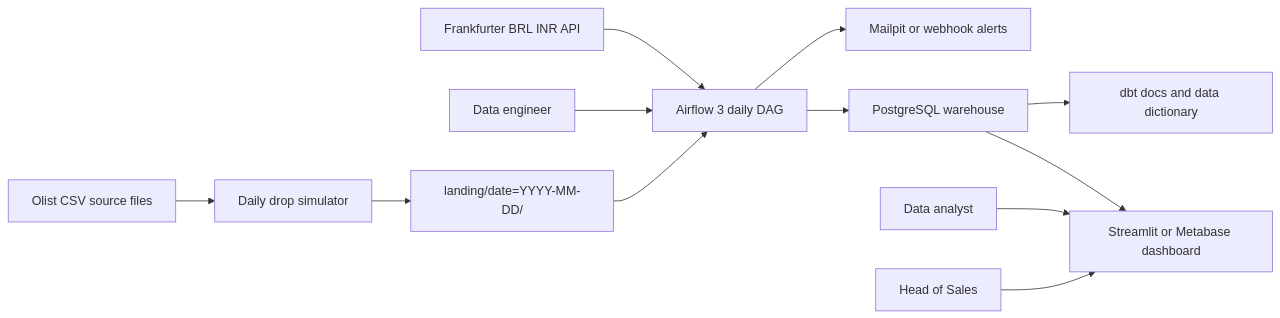
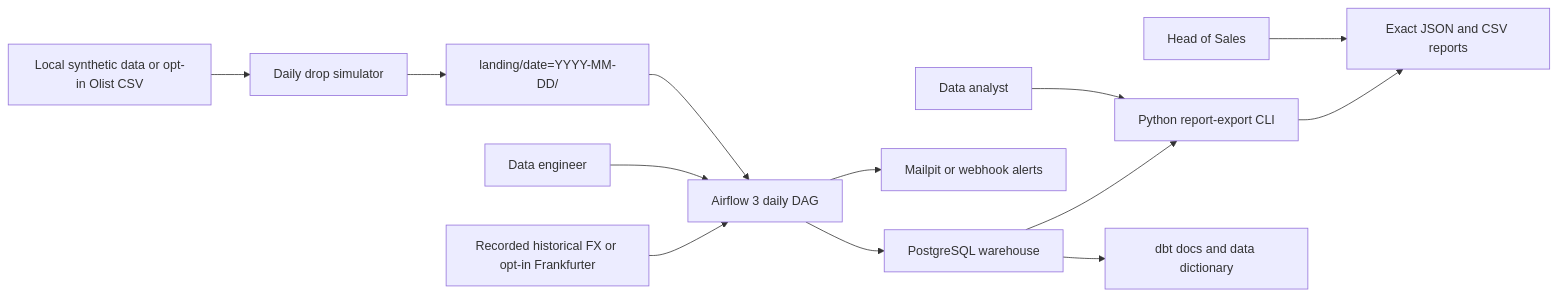
The first of 7 diagrams in docs/05-system-architecture.md (sukurcf/spec-shopsight-sales-pipeline), drawn with Mermaid before and after one commit. The commit also changed other lines of this file and 14 other files, not shown here.

````diff
--- a/docs/05-system-architecture.md
+++ b/docs/05-system-architecture.md
@@ -7,14 +7,15 @@
 ```mermaid
 flowchart LR
-    Source["Olist CSV source files"] --> Simulator["Daily drop simulator"]
-    FX["Frankfurter BRL INR API"] --> Airflow["Airflow 3 daily DAG"]
+    Source["Local synthetic data or opt-in Olist CSV"] --> Simulator["Daily drop simulator"]
+    FX["Recorded historical FX or opt-in Frankfurter"] --> Airflow["Airflow 3 daily DAG"]
     Engineer["Data engineer"] --> Airflow
     Simulator --> Landing["landing/date=YYYY-MM-DD/"]
     Landing --> Airflow
     Airflow --> Postgres["PostgreSQL warehouse"]
     Airflow --> Mailpit["Mailpit or webhook alerts"]
-    Postgres --> Dashboard["Streamlit or Metabase dashboard"]
-    Analyst["Data analyst"] --> Dashboard
-    Sales["Head of Sales"] --> Dashboard
+    Postgres --> ReportCLI["Python report-export CLI"]
+    Analyst["Data analyst"] --> ReportCLI
+    ReportCLI --> Exports["Exact JSON and CSV reports"]
+    Sales["Head of Sales"] --> Exports
     Postgres --> DbtDocs["dbt docs and data dictionary"]
 ```
````
